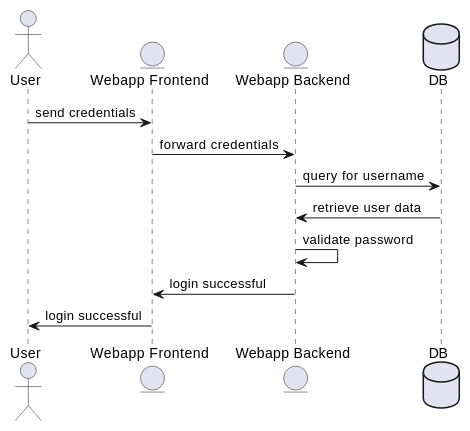
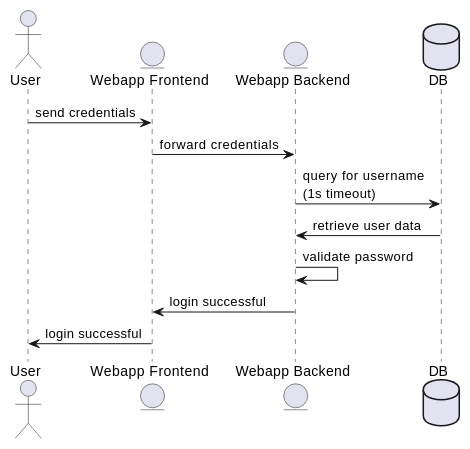
The third of 8 diagrams in docs/src/06_runtime_view.adoc (Arquisoft/wiq_en1b), drawn with PlantUML before and after one commit. The commit also changed other lines of this file, not shown here.

Commit message:
Added time limit and changed Answer Question diagram

```diff
--- a/docs/src/06_runtime_view.adoc
+++ b/docs/src/06_runtime_view.adoc
@@ -75,14 +75,14 @@
 [plantuml,"Login successful",png]
 ----
 actor User
 entity Frontend as "Webapp Frontend"
 entity Backend as "Webapp Backend"
 database DB
 User -> Frontend: send credentials
 Frontend -> Backend: forward credentials
-Backend -> DB: query for username
+Backend -> DB: query for username\n(1s timeout)
 DB -> Backend: retrieve user data
 Backend -> Backend: validate password
 Backend -> Frontend: login successful
 Frontend -> User: login successful
 ----
```
